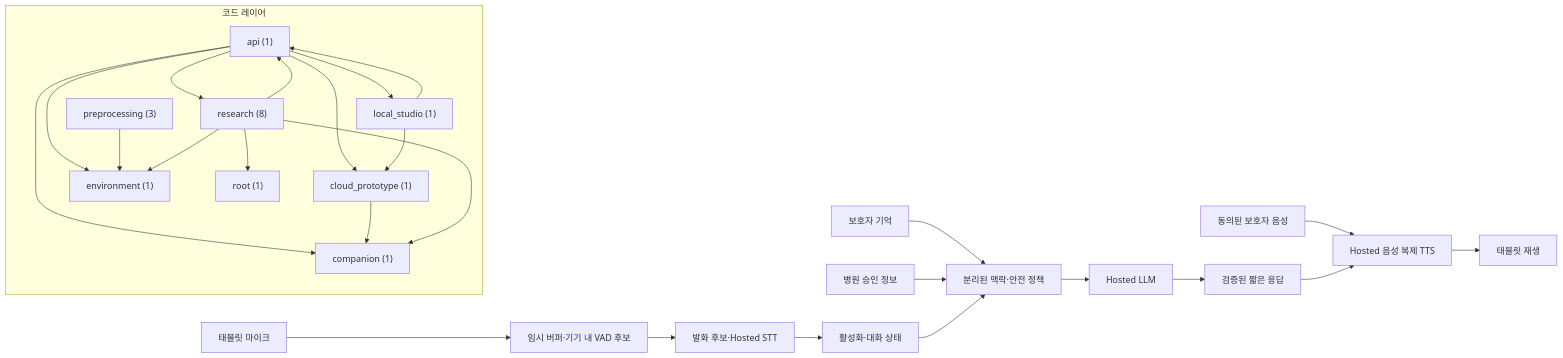
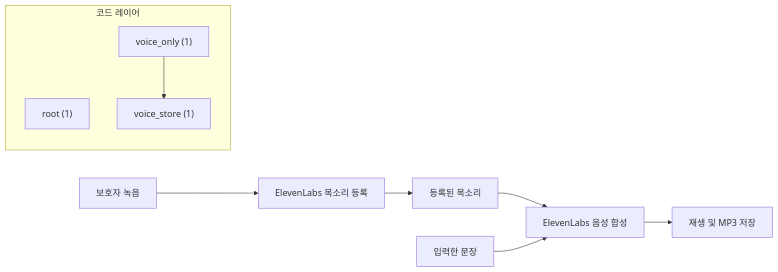
One commit to GracieRho/KoF5-TTS-delirium changed the diagram in architecture/generated/project-map.mmd. Above: the diagram before and after it, drawn with Mermaid. The commit also changed 603 other files, not shown here.

Commit message:
feat: 보호자 목소리 녹음과 입력 문장 합성 전용 Favilium 구현

```diff
--- a/architecture/generated/project-map.mmd
+++ b/architecture/generated/project-map.mmd
@@ -1,36 +1,13 @@
 flowchart LR
-  mic["태블릿 마이크"] --> vad["임시 버퍼·기기 내 VAD 후보"]
-  vad --> stt["발화 후보·Hosted STT"]
-  stt --> activation["활성화·대화 상태"]
-  family["보호자 기억"] --> context["분리된 맥락·안전 정책"]
-  hospital["병원 승인 정보"] --> context
-  activation --> context
-  context --> llm["Hosted LLM"]
-  llm --> response["검증된 짧은 응답"]
-  guardian["동의된 보호자 음성"] --> voice["Hosted 음성 복제 TTS"]
-  response --> voice
-  voice --> tablet["태블릿 재생"]
+  mic["보호자 녹음"] --> enroll["ElevenLabs 목소리 등록"]
+  enroll --> voice["등록된 목소리"]
+  voice --> tts["ElevenLabs 음성 합성"]
+  text["입력한 문장"] --> tts
+  tts --> mp3["재생 및 MP3 저장"]
 
   subgraph code["코드 레이어"]
-    layer_api["api (1)"]
-    layer_cloud_prototype["cloud_prototype (1)"]
-    layer_companion["companion (1)"]
-    layer_environment["environment (1)"]
-    layer_local_studio["local_studio (1)"]
-    layer_preprocessing["preprocessing (3)"]
-    layer_research["research (8)"]
     layer_root["root (1)"]
-    layer_api --> layer_cloud_prototype
-    layer_api --> layer_companion
-    layer_api --> layer_environment
-    layer_api --> layer_local_studio
-    layer_api --> layer_research
-    layer_cloud_prototype --> layer_companion
-    layer_local_studio --> layer_api
-    layer_local_studio --> layer_cloud_prototype
-    layer_preprocessing --> layer_environment
-    layer_research --> layer_api
-    layer_research --> layer_companion
-    layer_research --> layer_environment
-    layer_research --> layer_root
+    layer_voice_only["voice_only (1)"]
+    layer_voice_store["voice_store (1)"]
+    layer_voice_only --> layer_voice_store
   end
```
